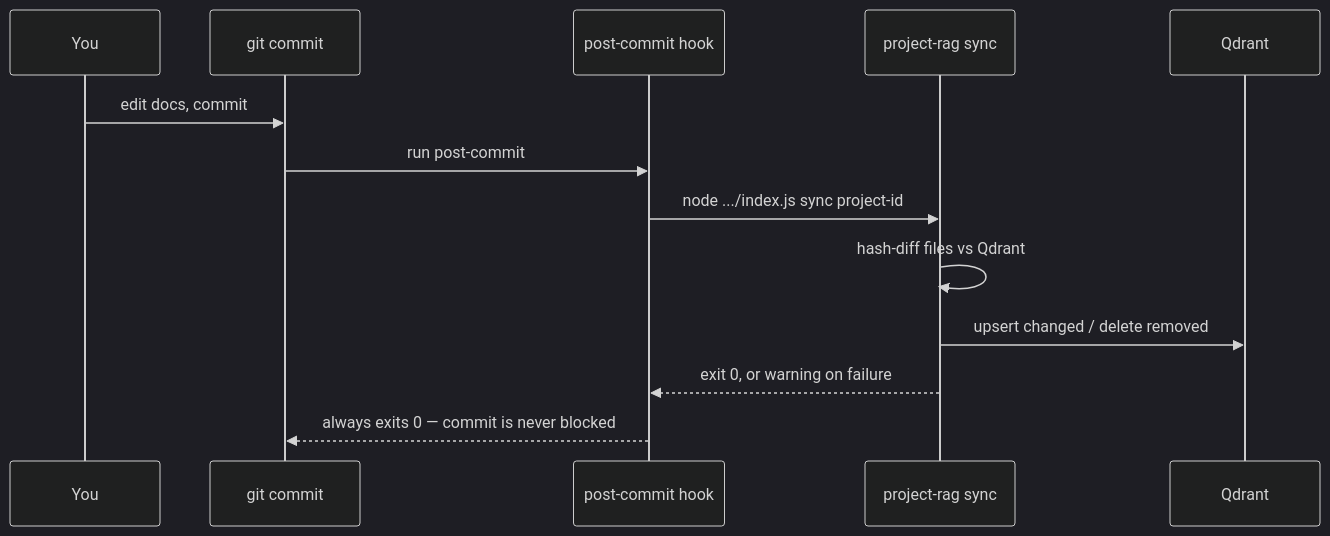
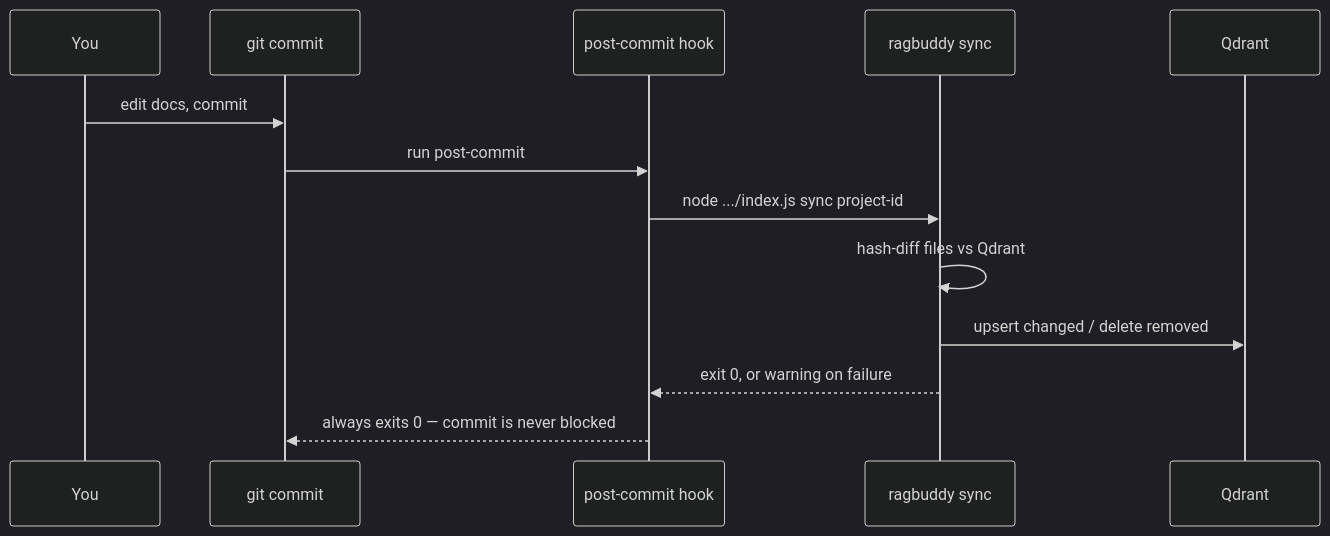
One commit to azmirizkifar20/RAGBuddy changed the second of 2 diagrams in README.md. Above: the diagram before and after it, drawn with Mermaid (dark theme). The commit also changed other lines of this file and 63 other files, not shown here.

First line of the commit message:
rename: rebrand Code Context RAG to RAGBuddy

````diff
--- a/README.md
+++ b/README.md
@@ -233,16 +233,16 @@
 ```mermaid
 sequenceDiagram
     participant Dev as You
     participant Git as git commit
     participant Hook as post-commit hook
-    participant Sync as project-rag sync
+    participant Sync as ragbuddy sync
     participant Q as Qdrant
 
     Dev->>Git: edit docs, commit
     Git->>Hook: run post-commit
     Hook->>Sync: node .../index.js sync project-id
     Sync->>Sync: hash-diff files vs Qdrant
     Sync->>Q: upsert changed / delete removed
     Sync-->>Hook: exit 0, or warning on failure
     Hook-->>Git: always exits 0 — commit is never blocked
 ```
````
